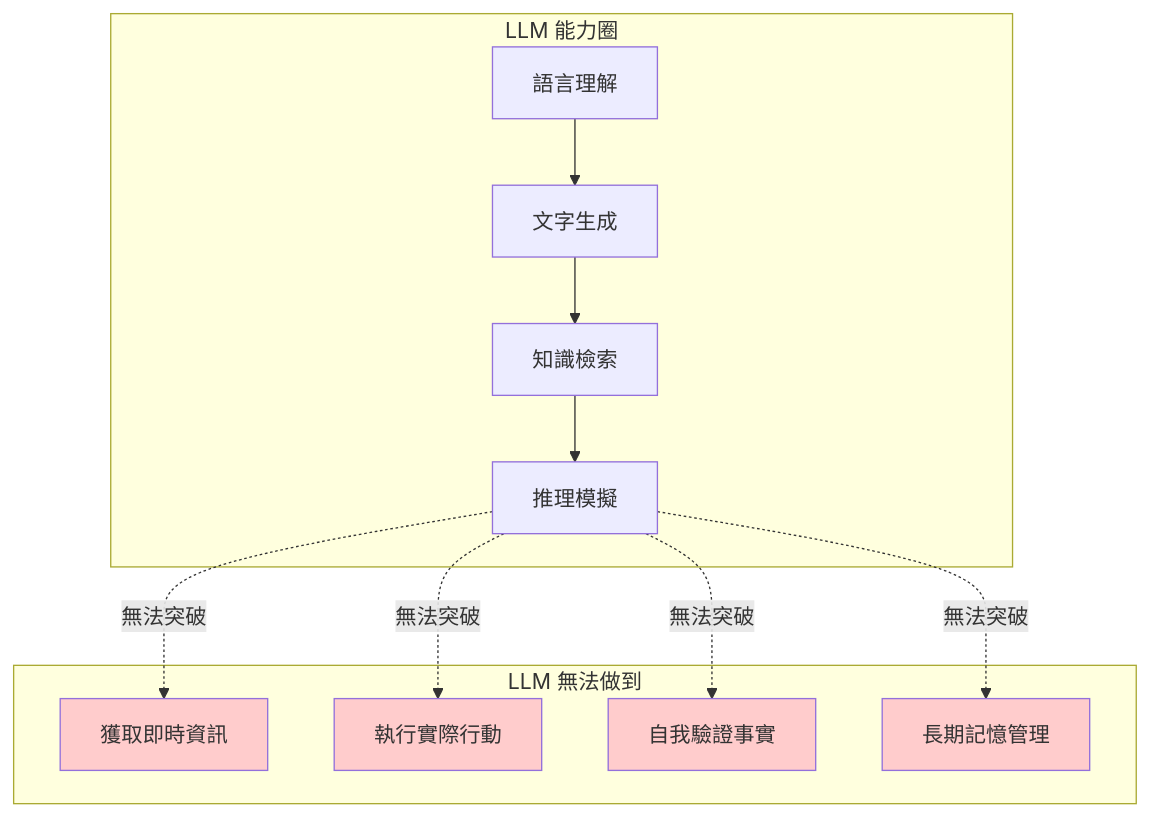
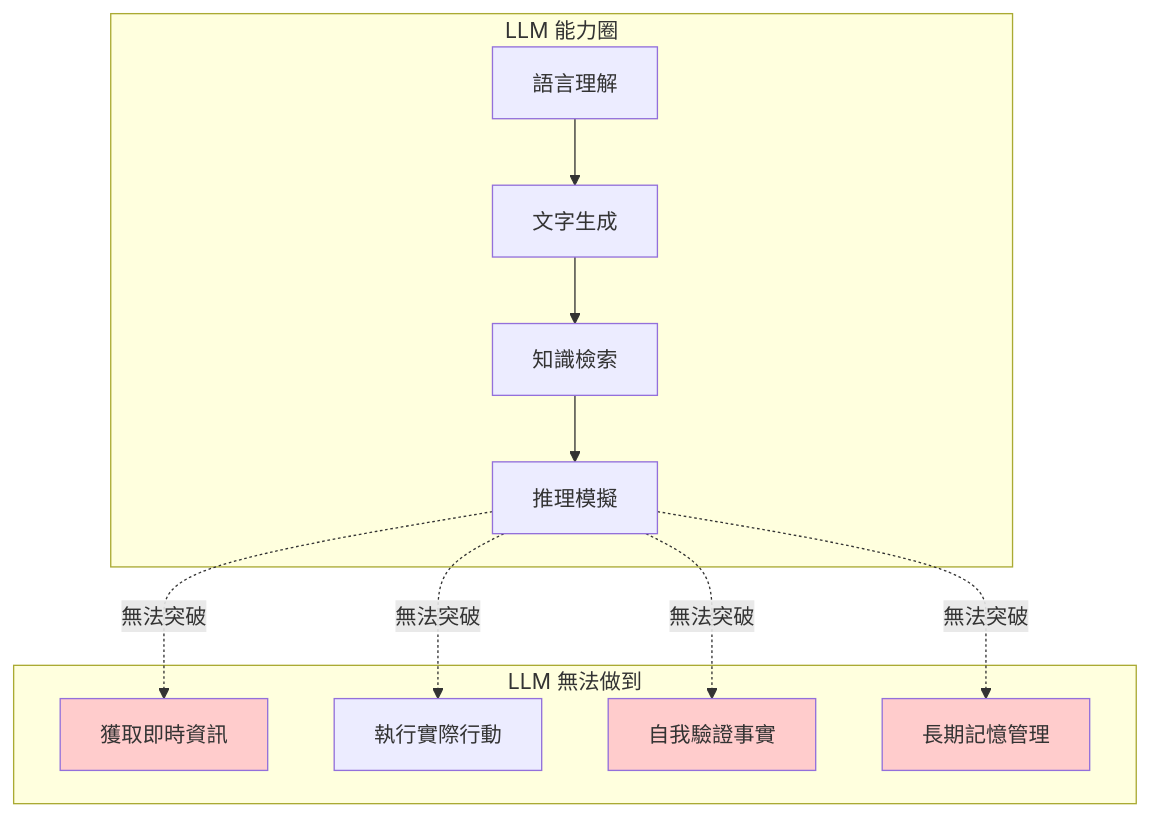
The first of 3 diagrams in mirothinker-research-agent-in-action/manuscript/chapters/chapter-01.md (howjerry/Books), drawn with Mermaid before and after one commit. The commit also changed other lines of this file and 40 other files, not shown here.

````diff
--- a/mirothinker-research-agent-in-action/manuscript/chapters/chapter-01.md
+++ b/mirothinker-research-agent-in-action/manuscript/chapters/chapter-01.md
@@ -74,25 +74,24 @@
 ```mermaid
 graph TB
     subgraph "LLM 能力圈"
         A[語言理解] --> B[文字生成]
         B --> C[知識檢索]
         C --> D[推理模擬]
     end
 
     subgraph "LLM 無法做到"
         E[獲取即時資訊]
         F[執行實際行動]
         G[自我驗證事實]
         H[長期記憶管理]
     end
 
     D -.->|無法突破| E
     D -.->|無法突破| F
     D -.->|無法突破| G
     D -.->|無法突破| H
 
     style E fill:#ffcccc
-    style F fill:#ffcccc
     style G fill:#ffcccc
     style H fill:#ffcccc
 ```
````
